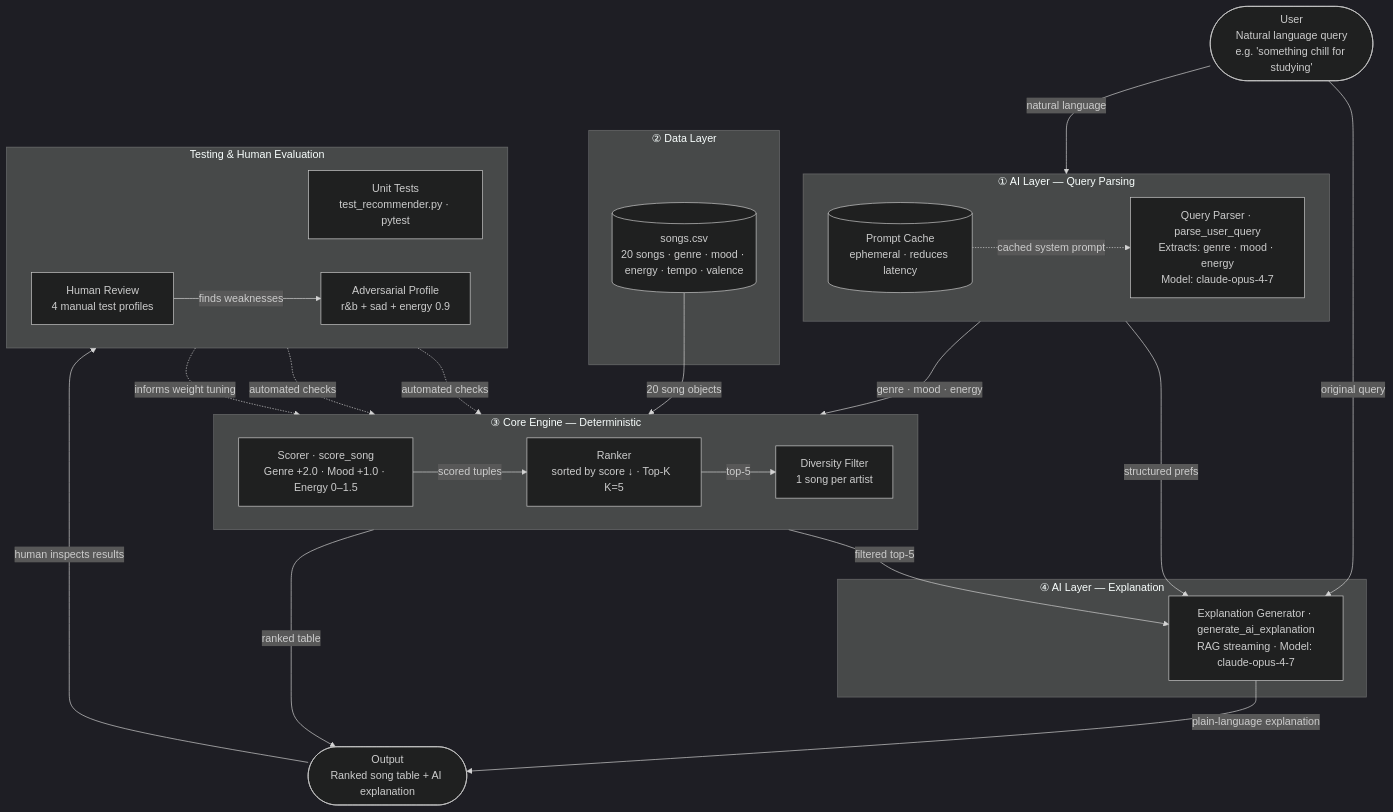
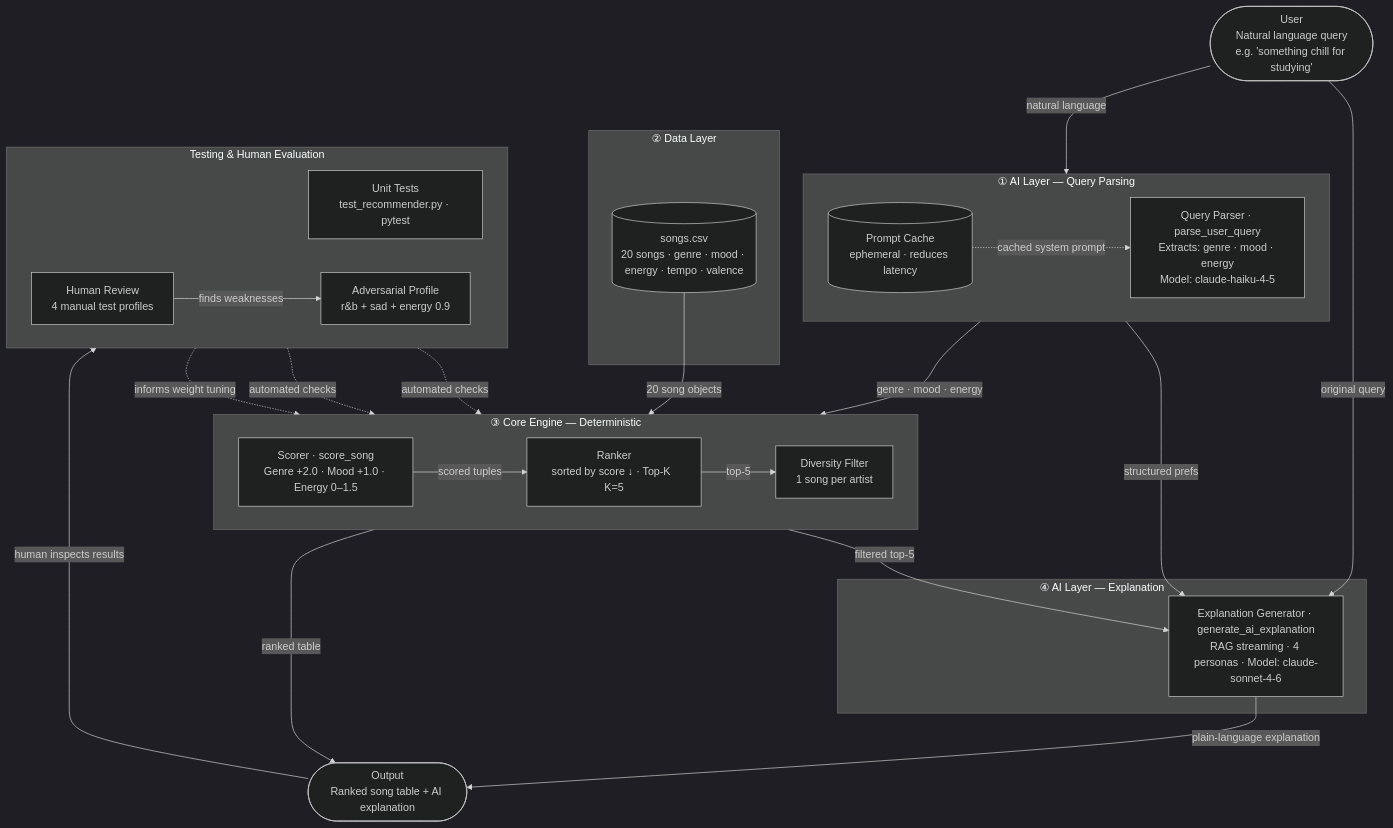
Before and after one commit to Snehadeshpande01/applied-ai-system-project: the diagram in README.md, drawn with Mermaid (dark theme). The commit also changed other lines of this file and 13 other files, not shown here.

````diff
--- a/README.md
+++ b/README.md
@@ -25,53 +31,53 @@
 ```mermaid
 flowchart TD
     U(["User\nNatural language query\ne.g. 'something chill for studying'"])
 
     subgraph AI_IN["① AI Layer — Query Parsing"]
         direction LR
         CACHE[("Prompt Cache\nephemeral · reduces latency")]
-        NLP["Query Parser · parse_user_query\nExtracts: genre · mood · energy\nModel: claude-opus-4-7"]
+        NLP["Query Parser · parse_user_query\nExtracts: genre · mood · energy\nModel: claude-haiku-4-5"]
         CACHE -.->|"cached system prompt"| NLP
     end
 
     subgraph DATA["② Data Layer"]
         CSV[("songs.csv\n20 songs · genre · mood · energy · tempo · valence")]
     end
 
     subgraph CORE["③ Core Engine — Deterministic"]
         direction LR
         SCORE["Scorer · score_song\nGenre +2.0 · Mood +1.0 · Energy 0–1.5"]
         RANK["Ranker\nsorted by score ↓ · Top-K  K=5"]
         DIV["Diversity Filter\n1 song per artist"]
         SCORE -->|"scored tuples"| RANK -->|"top-5"| DIV
     end
 
     subgraph AI_OUT["④ AI Layer — Explanation"]
-        EXP["Explanation Generator · generate_ai_explanation\nRAG streaming · Model: claude-opus-4-7"]
+        EXP["Explanation Generator · generate_ai_explanation\nRAG streaming · 4 personas · Model: claude-sonnet-4-6"]
     end
 
     OUT(["Output\nRanked song table + AI explanation"])
 
     subgraph EVAL["Testing & Human Evaluation"]
         direction LR
         UNIT["Unit Tests\ntest_recommender.py · pytest"]
         HUMAN["Human Review\n4 manual test profiles"]
         ADV["Adversarial Profile\nr&b + sad + energy 0.9"]
         HUMAN -->|"finds weaknesses"| ADV
     end
 
     %% Main pipeline
     U          -->|"natural language"| NLP
     NLP        -->|"genre · mood · energy"| SCORE
     CSV        -->|"20 song objects"| SCORE
     DIV        -->|"filtered top-5"| EXP
     NLP        -->|"structured prefs"| EXP
     U          -->|"original query"| EXP
     EXP        -->|"plain-language explanation"| OUT
     RANK       -->|"ranked table"| OUT
 
     %% Validation & feedback
     UNIT       -.->|"automated checks"| SCORE
     UNIT       -.->|"automated checks"| RANK
     OUT        -->|"human inspects results"| HUMAN
     ADV        -.->|"informs weight tuning"| SCORE
 ```
````
